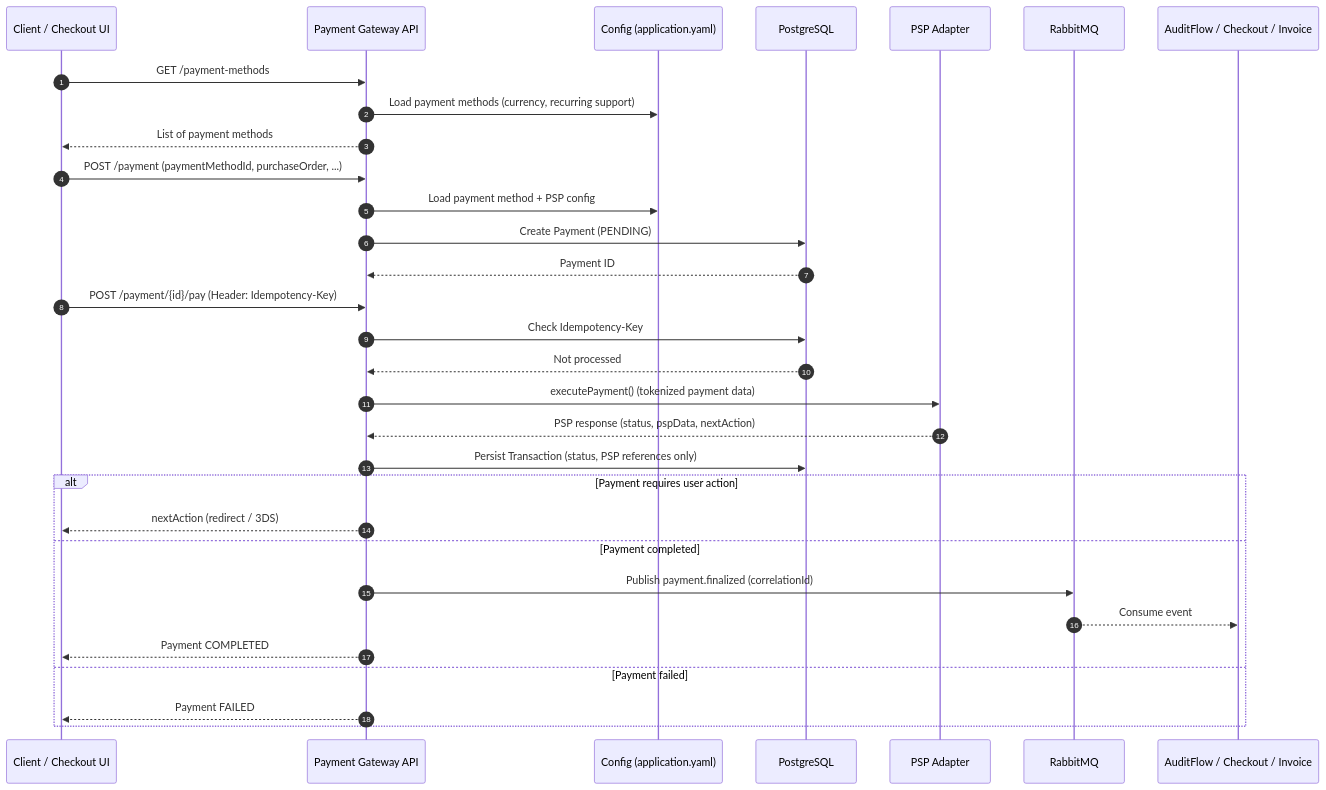
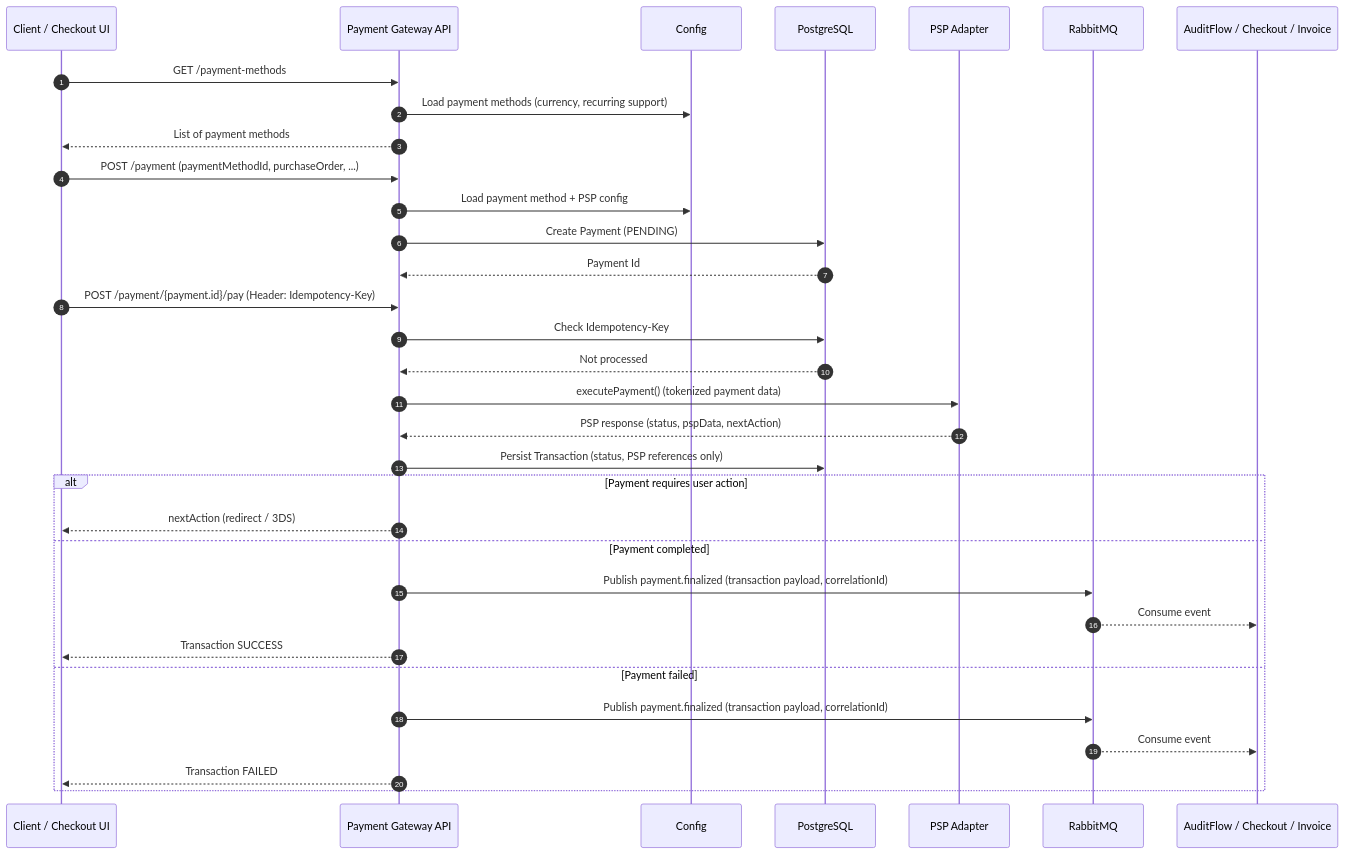
The diagram in payment-gateway/readme.md (Labs64/labs64.io-docs), drawn with Mermaid before and after one commit. The commit also changed other lines of this file and 1 other file, not shown here.

Commit message:
Revise payment gateway module documentation

````diff
--- a/payment-gateway/readme.md
+++ b/payment-gateway/readme.md
@@ -55,40 +63,42 @@
 ```mermaid
 sequenceDiagram
     autonumber
 
     participant Client as Client / Checkout UI
     participant API as Payment Gateway API
-    participant CFG as Config (application.yaml)
+    participant CFG as Config
     participant DB as PostgreSQL
     participant PSP as PSP Adapter
     participant MQ as RabbitMQ
     participant Subscriber as AuditFlow / Checkout / Invoice
 
     Client->>API: GET /payment-methods
     API->>CFG: Load payment methods (currency, recurring support)
     API-->>Client: List of payment methods
 
     Client->>API: POST /payment (paymentMethodId, purchaseOrder, ...)
     API->>CFG: Load payment method + PSP config
     API->>DB: Create Payment (PENDING)
-    DB-->>API: Payment ID
+    DB-->>API: Payment Id
 
-    Client->>API: POST /payment/{id}/pay (Header: Idempotency-Key)
+    Client->>API: POST /payment/{payment.id}/pay (Header: Idempotency-Key)
     API->>DB: Check Idempotency-Key
     DB-->>API: Not processed
 
     API->>PSP: executePayment() (tokenized payment data)
     PSP-->>API: PSP response (status, pspData, nextAction)
 
     API->>DB: Persist Transaction (status, PSP references only)
 
     alt Payment requires user action
         API-->>Client: nextAction (redirect / 3DS)
     else Payment completed
-        API->>MQ: Publish payment.finalized (correlationId)
+        API->>MQ: Publish payment.finalized (transaction payload, correlationId)
         MQ-->>Subscriber: Consume event
-        API-->>Client: Payment COMPLETED
+        API-->>Client: Transaction SUCCESS
     else Payment failed
-        API-->>Client: Payment FAILED
+        API->>MQ: Publish payment.finalized (transaction payload, correlationId)
+        MQ-->>Subscriber: Consume event
+        API-->>Client: Transaction FAILED
     end
 ```
````
